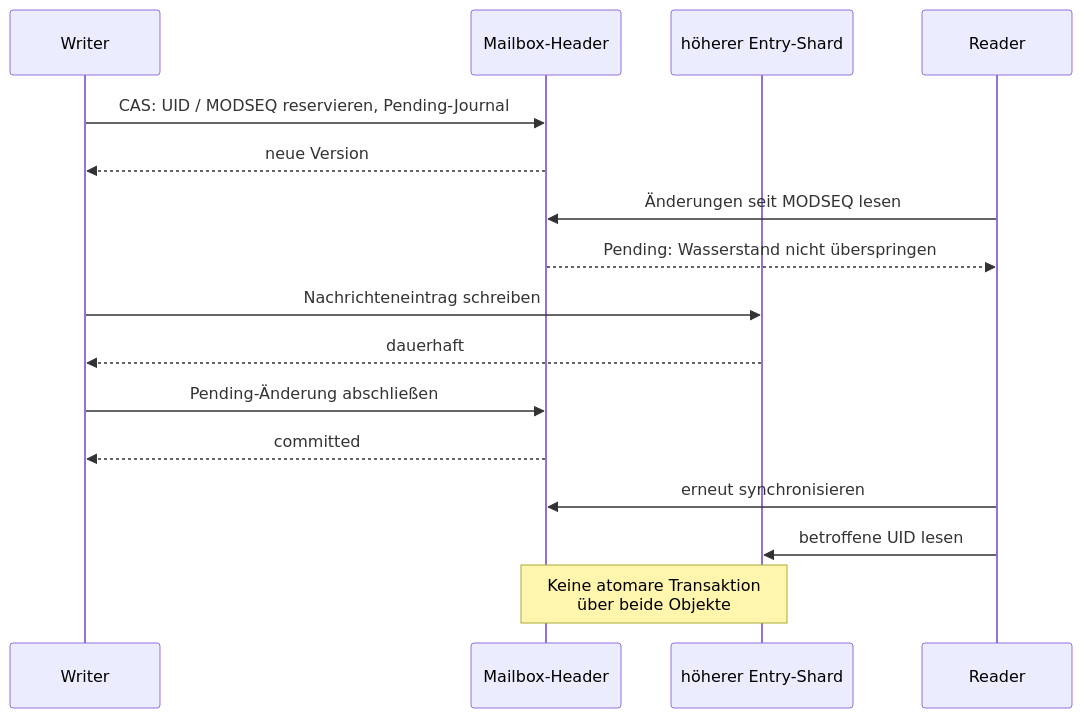
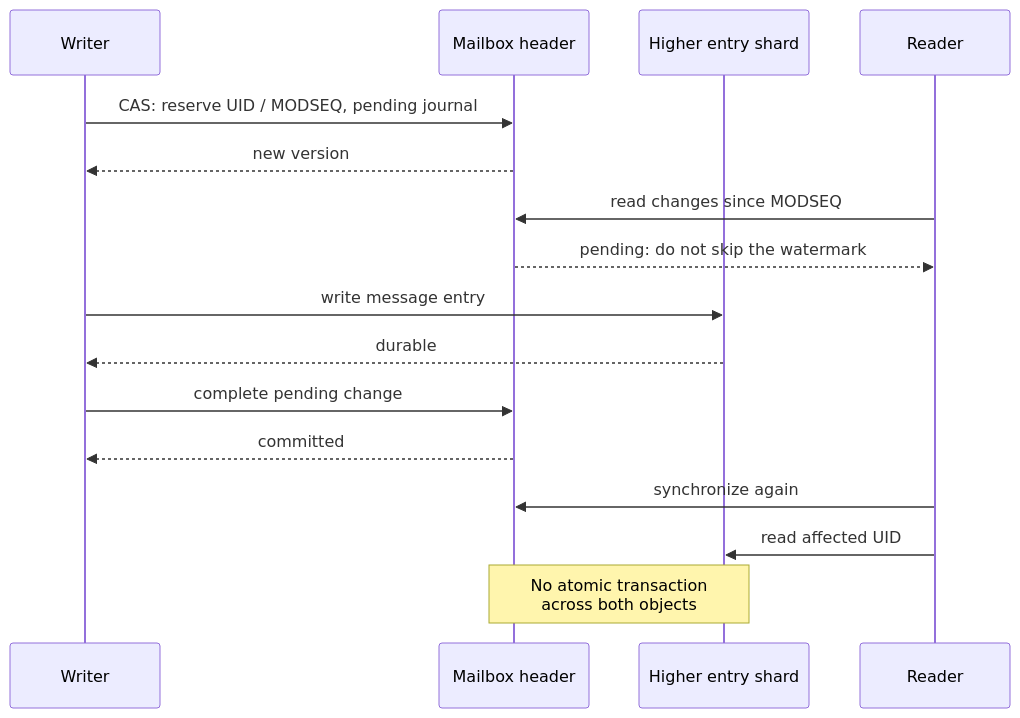
Before and after one commit to croessner/shardpost: the diagram in docs/diagrams/shard-commit.mmd, drawn with Mermaid. The commit also changed 19 other files, not shown here.

First line of the commit message:
docs: fix reference discrepancies, translate the old diagrams

```diff
--- a/docs/diagrams/shard-commit.mmd
+++ b/docs/diagrams/shard-commit.mmd
@@ -1,16 +1,16 @@
 sequenceDiagram
     participant W as Writer
-    participant H as Mailbox-Header
-    participant E as höherer Entry-Shard
+    participant H as Mailbox header
+    participant E as Higher entry shard
     participant R as Reader
-    W->>H: CAS: UID / MODSEQ reservieren, Pending-Journal
-    H-->>W: neue Version
-    R->>H: Änderungen seit MODSEQ lesen
-    H-->>R: Pending: Wasserstand nicht überspringen
-    W->>E: Nachrichteneintrag schreiben
-    E-->>W: dauerhaft
-    W->>H: Pending-Änderung abschließen
+    W->>H: CAS: reserve UID / MODSEQ, pending journal
+    H-->>W: new version
+    R->>H: read changes since MODSEQ
+    H-->>R: pending: do not skip the watermark
+    W->>E: write message entry
+    E-->>W: durable
+    W->>H: complete pending change
     H-->>W: committed
-    R->>H: erneut synchronisieren
-    R->>E: betroffene UID lesen
-    Note over H,E: Keine atomare Transaktion<br/>über beide Objekte
+    R->>H: synchronize again
+    R->>E: read affected UID
+    Note over H,E: No atomic transaction<br/>across both objects
```
